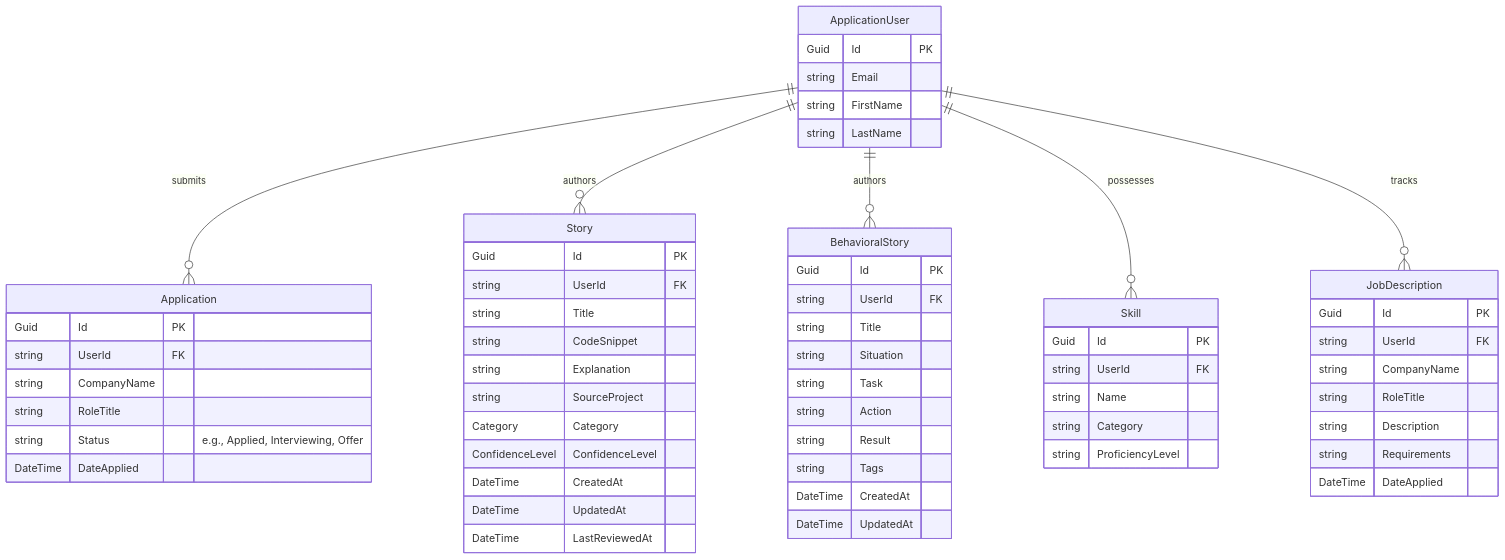
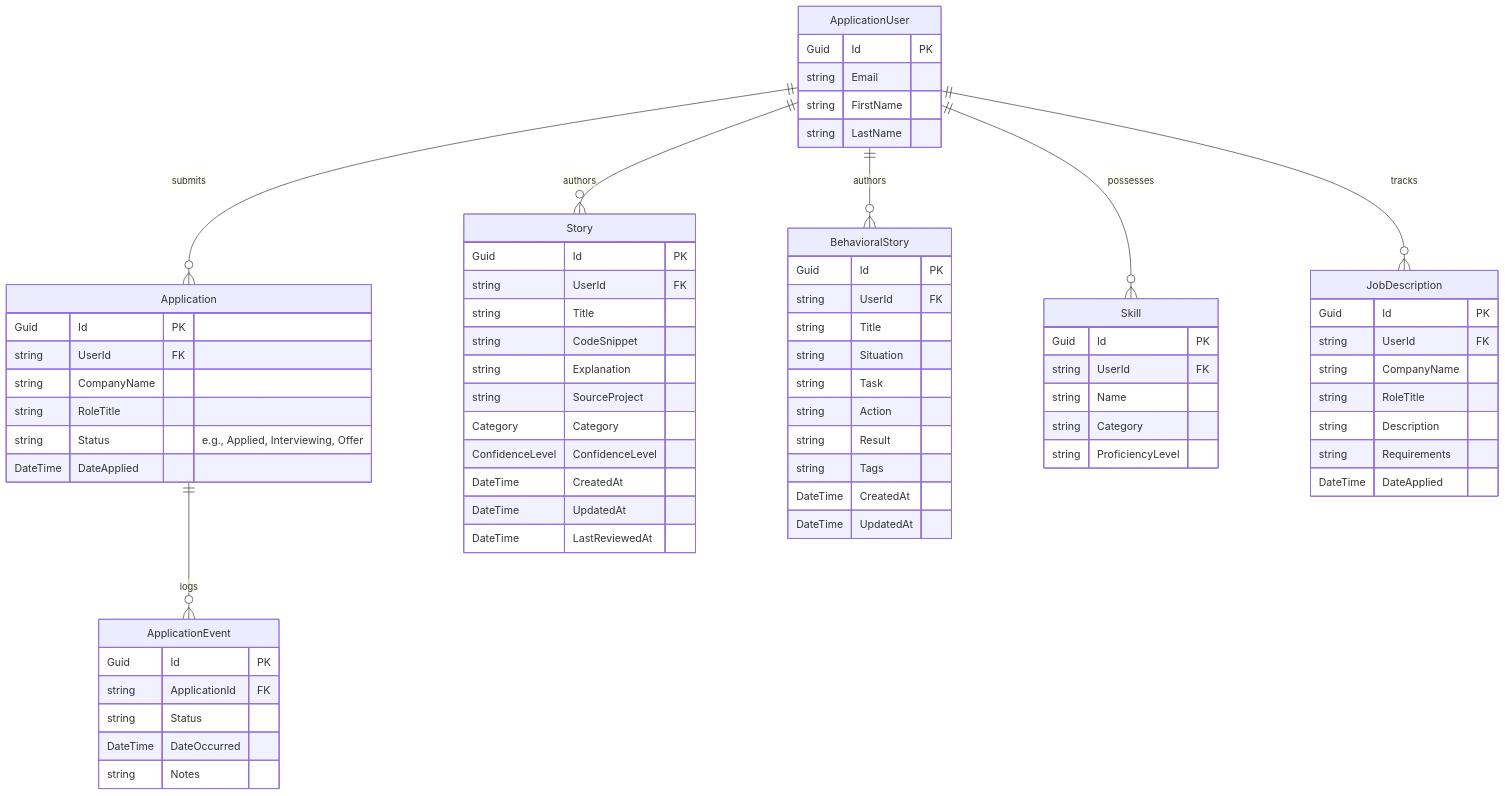
One commit to austinchima/Precept changed the second of 2 diagrams in README.md. Above: the diagram before and after it, drawn with Mermaid. The commit also changed other lines of this file and 39 other files, not shown here.

````diff
--- a/README.md
+++ b/README.md
@@ -98,69 +98,78 @@
 ```mermaid
 erDiagram
     ApplicationUser ||--o{ Application : submits
     ApplicationUser ||--o{ Story : authors
     ApplicationUser ||--o{ BehavioralStory : authors
     ApplicationUser ||--o{ Skill : possesses
     ApplicationUser ||--o{ JobDescription : tracks
+    Application ||--o{ ApplicationEvent : logs
 
     ApplicationUser {
         Guid Id PK
         string Email
         string FirstName
         string LastName
     }
 
     Application {
         Guid Id PK
         string UserId FK
         string CompanyName
         string RoleTitle
         string Status "e.g., Applied, Interviewing, Offer"
         DateTime DateApplied
+    }
+
+    ApplicationEvent {
+        Guid Id PK
+        string ApplicationId FK
+        string Status
+        DateTime DateOccurred
+        string Notes
     }
 
     Story {
         Guid Id PK
         string UserId FK
         string Title
         string CodeSnippet
         string Explanation
         string SourceProject
         Category Category
         ConfidenceLevel ConfidenceLevel
         DateTime CreatedAt
         DateTime UpdatedAt
         DateTime LastReviewedAt
     }
 
     BehavioralStory {
         Guid Id PK
         string UserId FK
         string Title
         string Situation
         string Task
         string Action
         string Result
         string Tags
         DateTime CreatedAt
         DateTime UpdatedAt
     }
 
     Skill {
         Guid Id PK
         string UserId FK
         string Name
         string Category
         string ProficiencyLevel
     }
 
     JobDescription {
         Guid Id PK
         string UserId FK
         string CompanyName
         string RoleTitle
         string Description
         string Requirements
         DateTime DateApplied
     }
 ```
````
